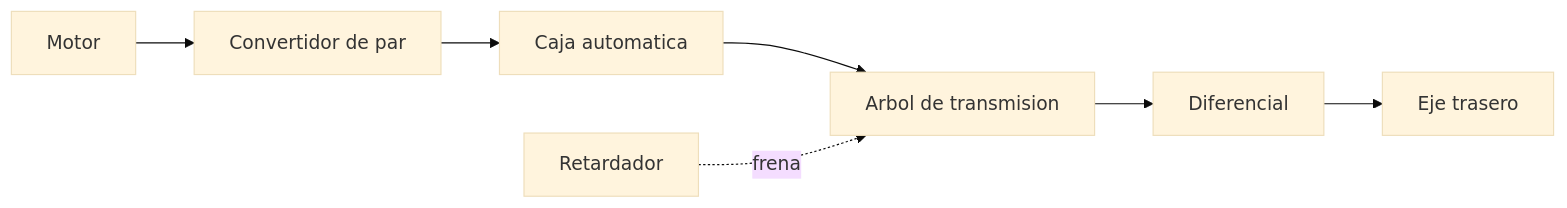
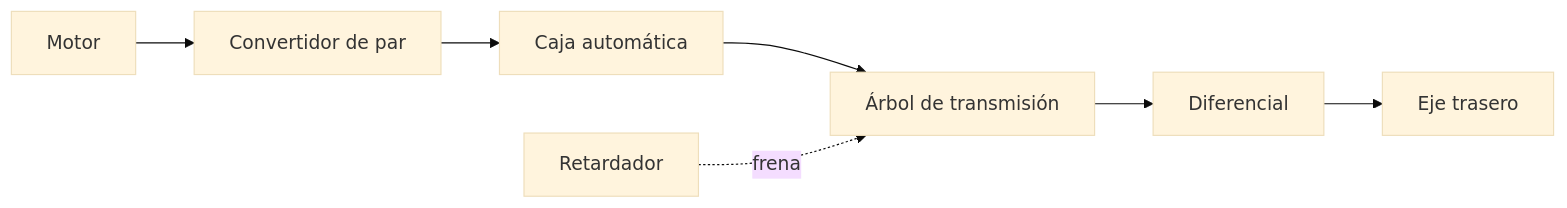
The second of 4 diagrams in vehiculos/buses/operacion/sistemas-mecanicos-bus.md (vladimiracunadev-create/machine-operator-program), drawn with Mermaid (base theme) before and after one commit. The commit also changed other lines of this file and 442 other files, not shown here.

````diff
--- a/vehiculos/buses/operacion/sistemas-mecanicos-bus.md
+++ b/vehiculos/buses/operacion/sistemas-mecanicos-bus.md
@@ -66,9 +66,9 @@
 ```mermaid
 flowchart LR
     Motor --> Convertidor[Convertidor de par]
-    Convertidor --> Caja[Caja automatica]
-    Caja --> Cardan[Arbol de transmision]
+    Convertidor --> Caja[Caja automática]
+    Caja --> Cardan[Árbol de transmisión]
     Cardan --> Diferencial[Diferencial]
     Diferencial --> Eje[Eje trasero]
     Retardador[Retardador] -. frena .-> Cardan
 ```
````
